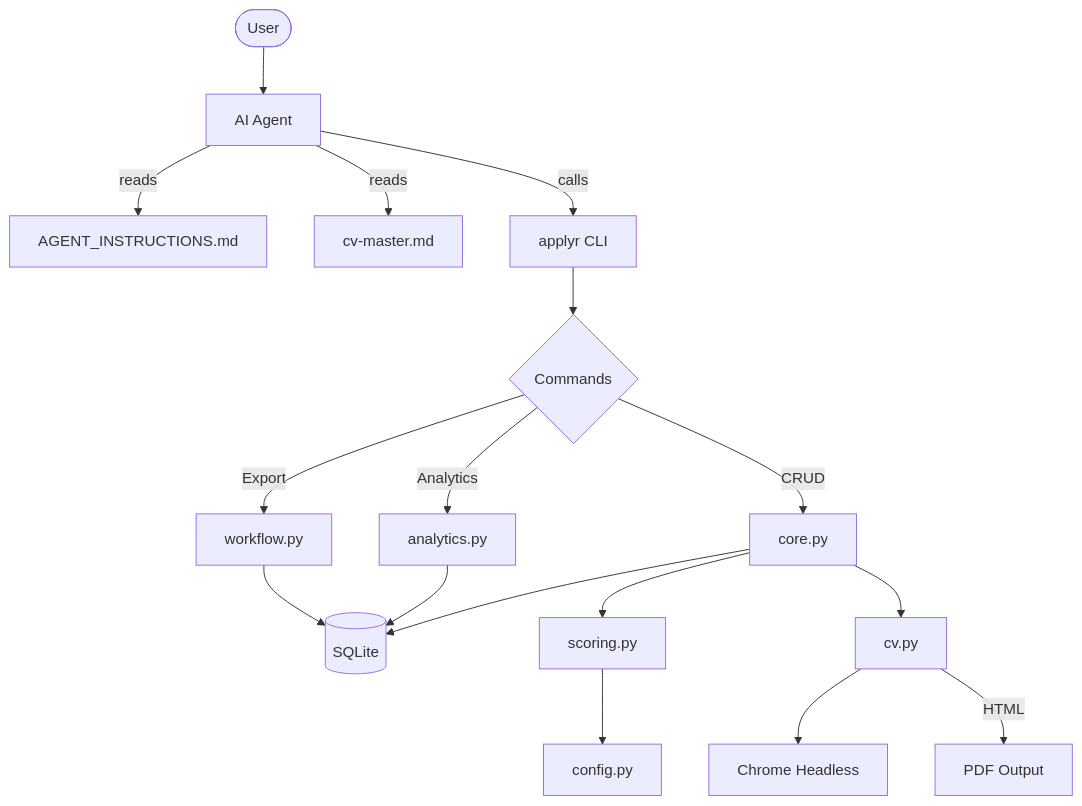
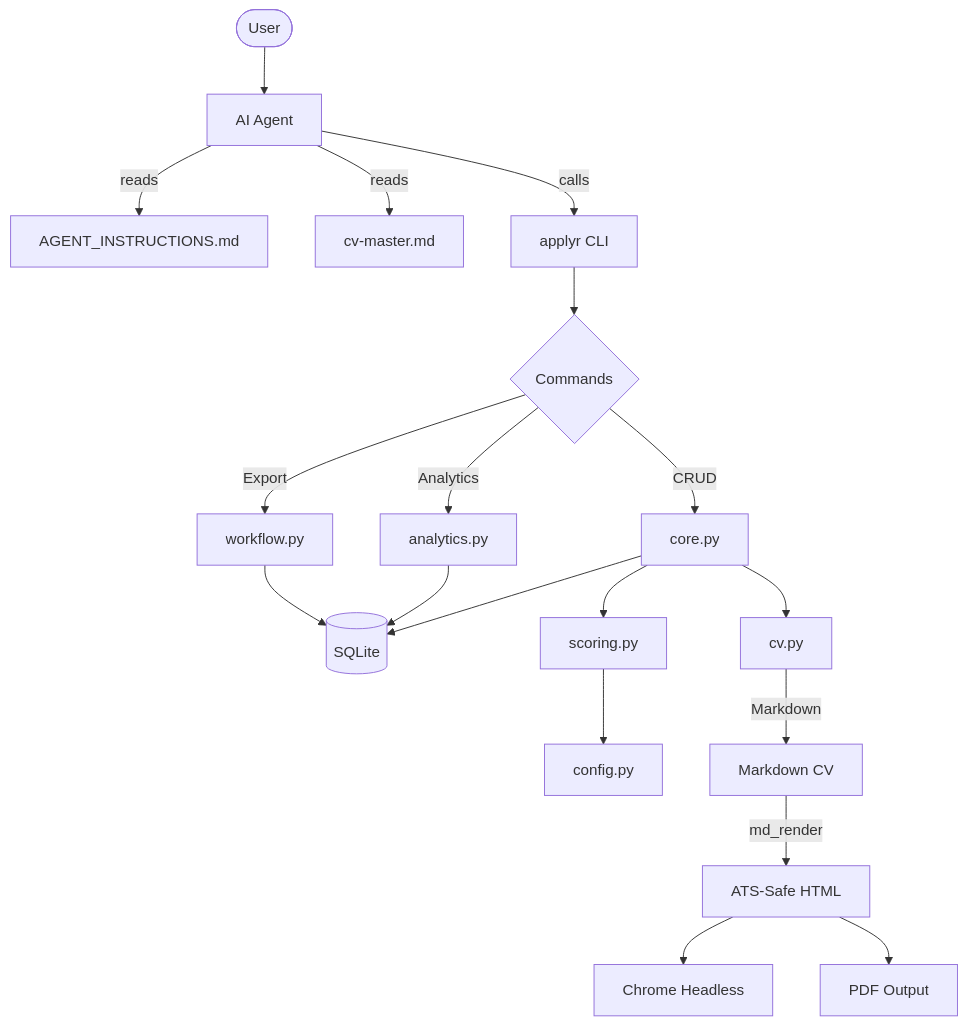
The diagram in docs/architecture.md (DeibyGS/applyr), drawn with Mermaid before and after one commit. The commit also changed other lines of this file and 12 other files, not shown here.

````diff
--- a/docs/architecture.md
+++ b/docs/architecture.md
@@ -9,19 +9,21 @@
 ```mermaid
 flowchart TD
     User([User]) --> Agent[AI Agent]
     Agent -->|reads| Instructions[AGENT_INSTRUCTIONS.md]
     Agent -->|reads| Profile[cv-master.md]
     Agent -->|calls| CLI[applyr CLI]
     CLI --> Commands{Commands}
     Commands -->|CRUD| Core[core.py]
     Commands -->|Analytics| Analytics[analytics.py]
     Commands -->|Export| Workflow[workflow.py]
     Core --> DB[(SQLite)]
     Analytics --> DB
     Workflow --> DB
     Core --> Scoring[scoring.py]
     Scoring --> Config[config.py]
     Core --> CV[cv.py]
-    CV --> Chrome[Chrome Headless]
-    CV -->|HTML| PDF[PDF Output]
+    CV -->|Markdown| MD[Markdown CV]
+    MD -->|md_render| HTML[ATS-Safe HTML]
+    HTML --> Chrome[Chrome Headless]
+    HTML --> PDF[PDF Output]
 ```
````
